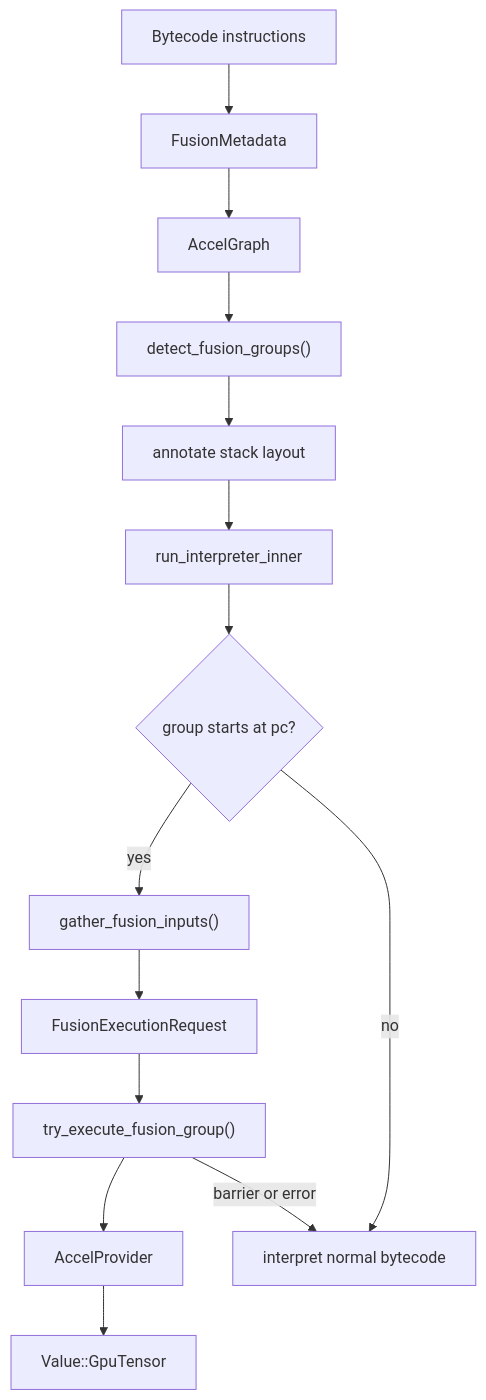
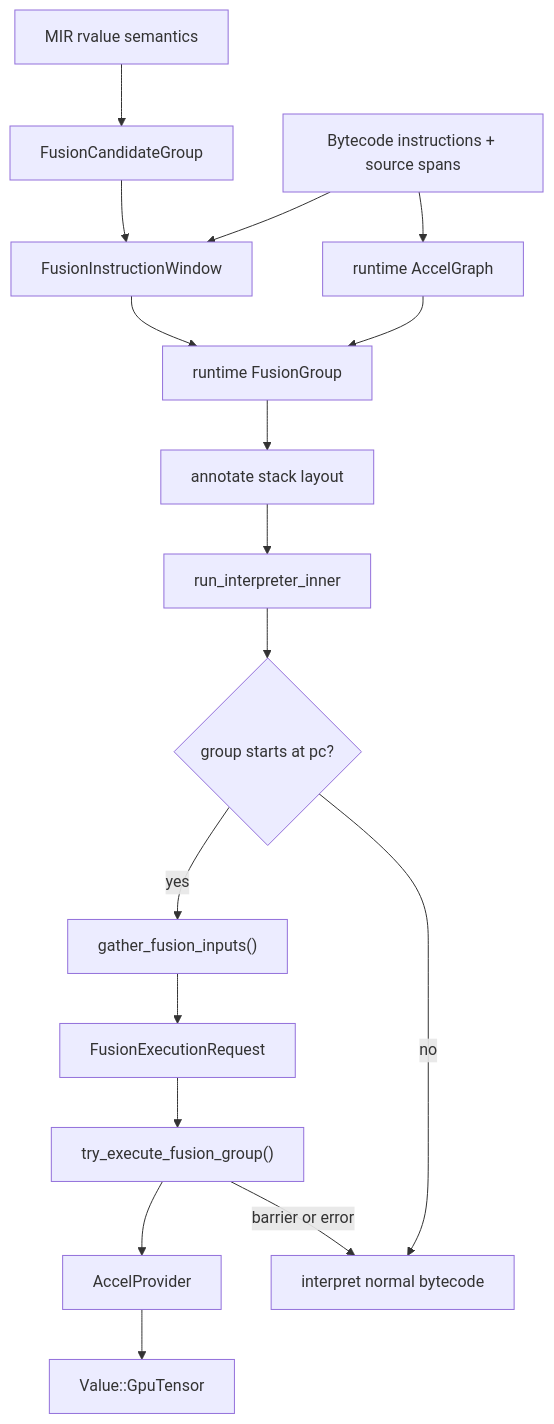
The first of 2 diagrams in docs/gpu/fusion.md (runmat-org/runmat), drawn with Mermaid before and after one commit. The commit also changed other lines of this file and 4 other files, not shown here.

````diff
--- a/docs/gpu/fusion.md
+++ b/docs/gpu/fusion.md
@@ -20,26 +20,31 @@
 ```mermaid
 flowchart TD
-  Bytecode["Bytecode instructions"]
-  Metadata["FusionMetadata"]
-  Graph["AccelGraph"]
-  Groups["detect_fusion_groups()"]
+  MIR["MIR rvalue semantics"]
+  Candidates["FusionCandidateGroup"]
+  Bytecode["Bytecode instructions + source spans"]
+  Windows["FusionInstructionWindow"]
+  Graph["runtime AccelGraph"]
+  Groups["runtime FusionGroup"]
   Layout["annotate stack layout"]
   Runtime["run_interpreter_inner"]
   Gate{"group starts at pc?"}
   Inputs["gather_fusion_inputs()"]
   Request["FusionExecutionRequest"]
   Execute["try_execute_fusion_group()"]
   Provider["AccelProvider"]
   Result["Value::GpuTensor"]
   Fallback["interpret normal bytecode"]
 
-  Bytecode --> Metadata
-  Metadata --> Graph
+  MIR --> Candidates
+  Candidates --> Windows
+  Bytecode --> Windows
+  Bytecode --> Graph
+  Windows --> Groups
   Graph --> Groups
   Groups --> Layout
   Layout --> Runtime
   Runtime --> Gate
   Gate -->|yes| Inputs --> Request --> Execute --> Provider --> Result
   Gate -->|no| Fallback
   Execute -->|barrier or error| Fallback
 ```
````
